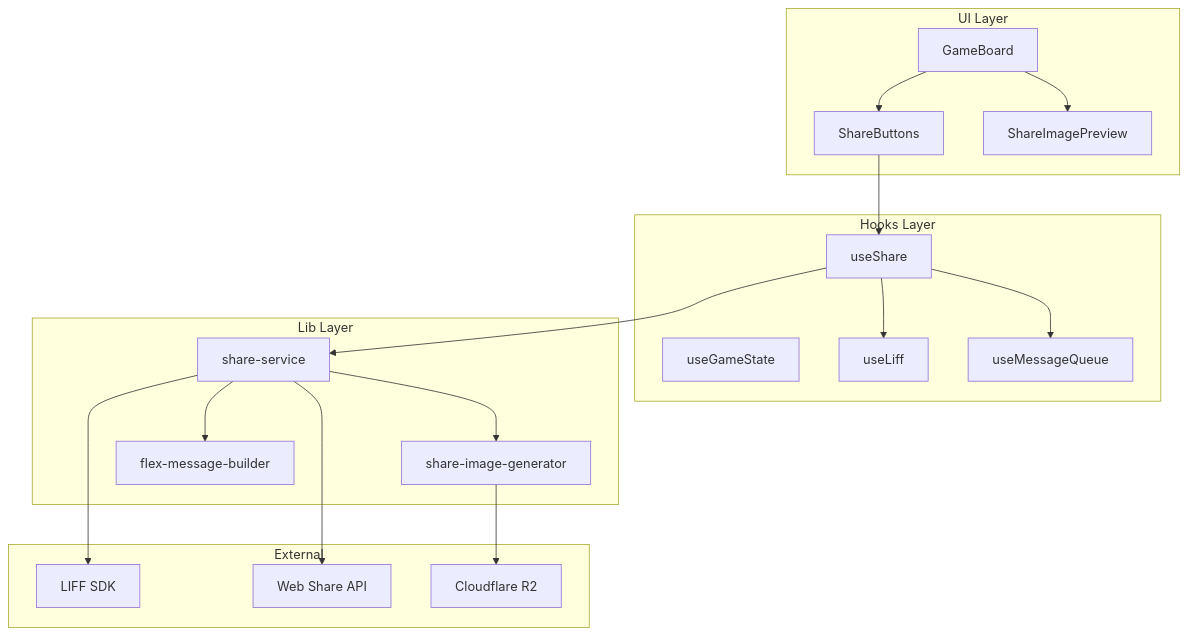
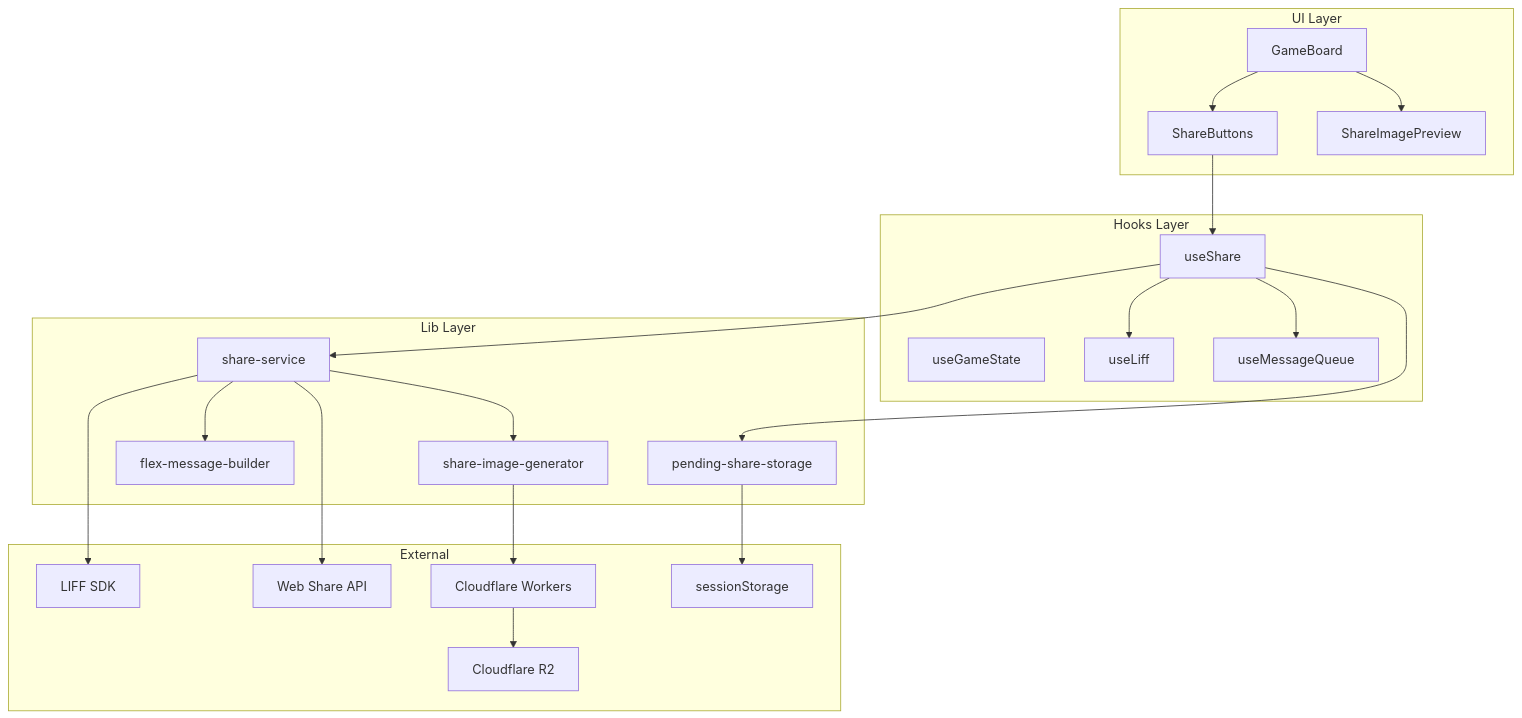
One commit to noriaki/line-miniapp-reversi changed the first of 3 diagrams in .specify/specs/game-result-share/design.md. Above: the diagram before and after it, drawn with Mermaid. The commit also changed other lines of this file and 3 other files, not shown here.

````diff
--- a/.specify/specs/game-result-share/design.md
+++ b/.specify/specs/game-result-share/design.md
@@ -41,39 +42,45 @@
 ```mermaid
 graph TB
     subgraph UI Layer
         GameBoard[GameBoard]
         ShareButtons[ShareButtons]
         ShareImagePreview[ShareImagePreview]
     end
 
     subgraph Hooks Layer
         useGameState[useGameState]
         useLiff[useLiff]
         useMessageQueue[useMessageQueue]
         useShare[useShare]
     end
 
     subgraph Lib Layer
         ShareImageGenerator[share-image-generator]
         FlexMessageBuilder[flex-message-builder]
         ShareService[share-service]
+        PendingShareStorage[pending-share-storage]
     end
 
     subgraph External
         LiffSDK[LIFF SDK]
         WebShareAPI[Web Share API]
         CloudflareR2[Cloudflare R2]
+        CloudflareWorkers[Cloudflare Workers]
+        SessionStorage[sessionStorage]
     end
 
     GameBoard --> ShareButtons
     GameBoard --> ShareImagePreview
     ShareButtons --> useShare
     useShare --> useLiff
     useShare --> useMessageQueue
     useShare --> ShareService
+    useShare --> PendingShareStorage
     ShareService --> ShareImageGenerator
     ShareService --> FlexMessageBuilder
     ShareService --> LiffSDK
     ShareService --> WebShareAPI
-    ShareImageGenerator --> CloudflareR2
+    ShareImageGenerator --> CloudflareWorkers
+    CloudflareWorkers --> CloudflareR2
+    PendingShareStorage --> SessionStorage
 ```
````
